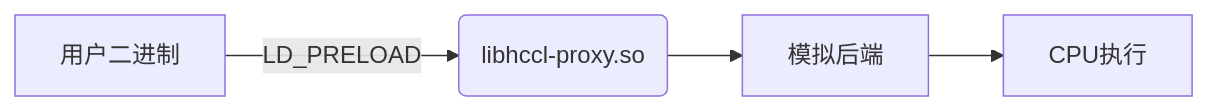
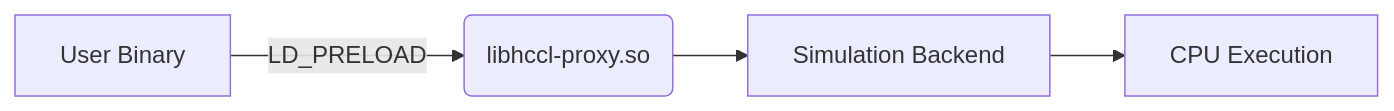
Before and after one commit to Atlas-Ascend-Fork/hcomm: the first of 5 diagrams in test/hccl_vm/docs/hccl_simulator_en.md, drawn with Mermaid. The commit also changed other lines of this file and 73 other files, not shown here.

````diff
--- a/test/hccl_vm/docs/hccl_simulator_en.md
+++ b/test/hccl_vm/docs/hccl_simulator_en.md
@@ -68,6 +68,6 @@
 ```mermaid
 graph LR
-A[用户二进制] -->|LD_PRELOAD| B(libhccl-proxy.so)
-B --> C[模拟后端]
-C --> D[CPU执行]
+A[User Binary] -->|LD_PRELOAD| B(libhccl-proxy.so)
+B --> C[Simulation Backend]
+C --> D[CPU Execution]
 ```
````
